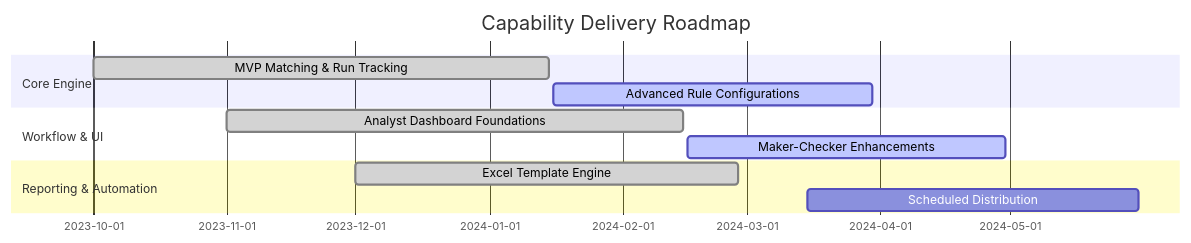
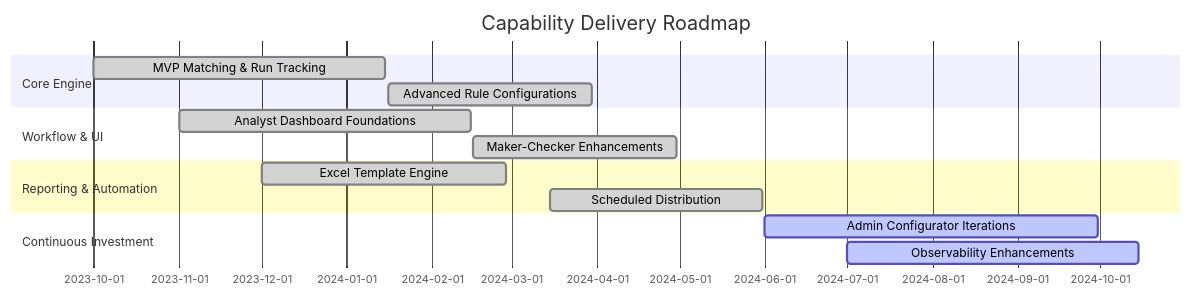
The second of 2 diagrams in docs/wiki/features.md (kleash/recon-platform), drawn with Mermaid before and after one commit. The commit also changed other lines of this file and 11 other files, not shown here.

````diff
--- a/docs/wiki/features.md
+++ b/docs/wiki/features.md
@@ -91,14 +101,17 @@
 ```mermaid
 gantt
     dateFormat  YYYY-MM-DD
     title Capability Delivery Roadmap
     section Core Engine
     MVP Matching & Run Tracking         :done,    des1, 2023-10-01, 2024-01-15
-    Advanced Rule Configurations        :active,  des2, 2024-01-16, 2024-03-30
+    Advanced Rule Configurations        :done,    des2, 2024-01-16, 2024-03-30
     section Workflow & UI
     Analyst Dashboard Foundations       :done,    des3, 2023-11-01, 2024-02-15
-    Maker-Checker Enhancements          :active,  des4, 2024-02-16, 2024-04-30
+    Maker-Checker Enhancements          :done,    des4, 2024-02-16, 2024-04-30
     section Reporting & Automation
     Excel Template Engine               :done,    des5, 2023-12-01, 2024-02-28
-    Scheduled Distribution              :        des6, 2024-03-15, 2024-05-31
+    Scheduled Distribution              :done,    des6, 2024-03-15, 2024-05-31
+    section Continuous Investment
+    Admin Configurator Iterations       :active,  des7, 2024-06-01, 2024-09-30
+    Observability Enhancements          :active,  des8, 2024-07-01, 2024-10-15
 ```
````
